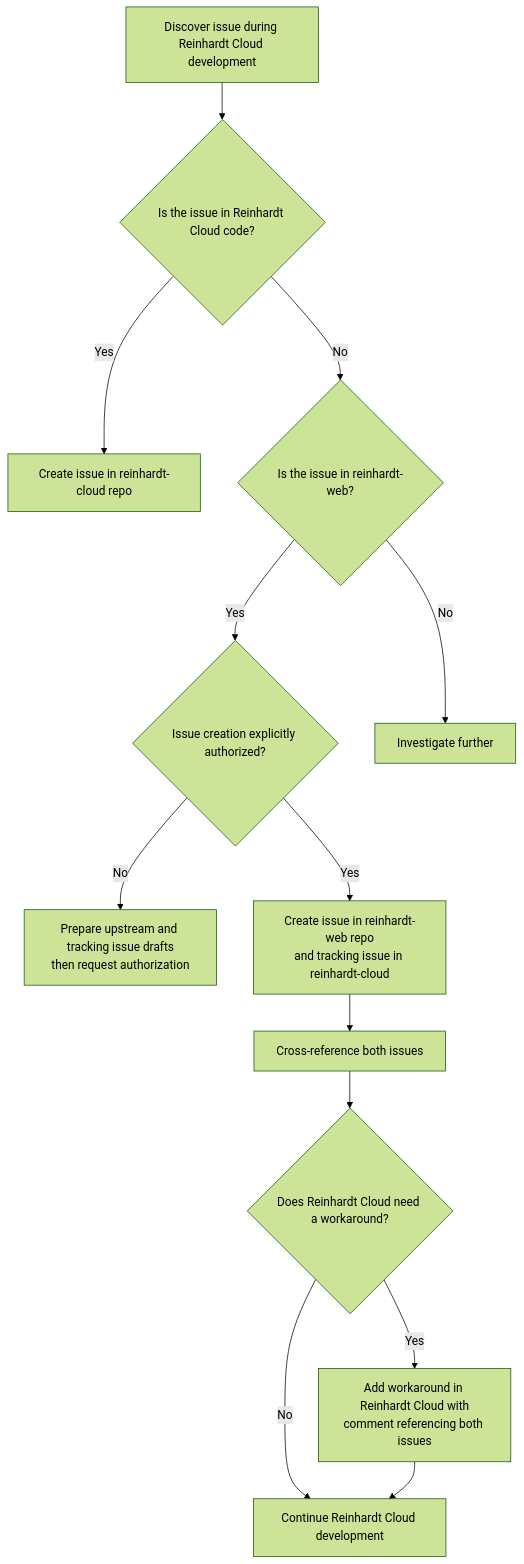
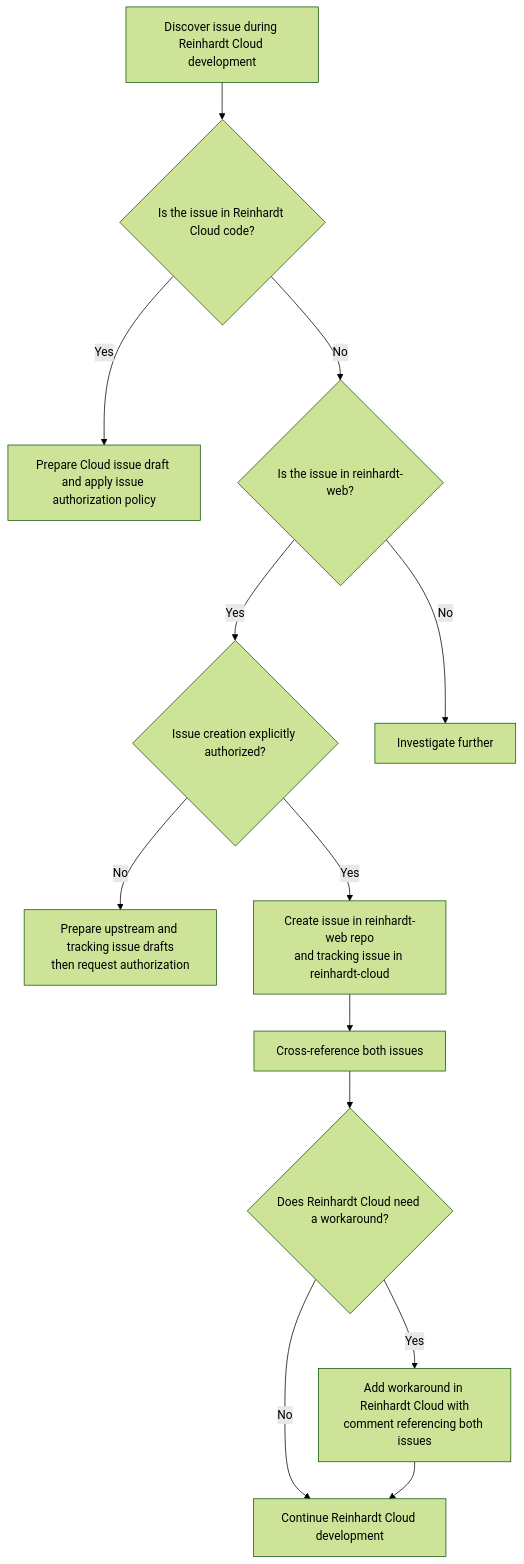
Before and after one commit to kent8192/reinhardt-cloud: the first of 2 diagrams in instructions/UPSTREAM_ISSUE_REPORTING.md, drawn with Mermaid (forest theme). The commit also changed other lines of this file and 15 other files, not shown here.

````diff
--- a/instructions/UPSTREAM_ISSUE_REPORTING.md
+++ b/instructions/UPSTREAM_ISSUE_REPORTING.md
@@ -36,15 +36,15 @@
 ```mermaid
 flowchart TD
     A[Discover issue during Reinhardt Cloud development] --> B{Is the issue in Reinhardt Cloud code?}
-    B -->|Yes| C[Create issue in reinhardt-cloud repo]
+    B -->|Yes| C[Prepare Cloud issue draft and apply issue authorization policy]
     B -->|No| D{Is the issue in reinhardt-web?}
     D -->|Yes| E{Issue creation explicitly authorized?}
     D -->|No| F[Investigate further]
     E -->|No| E1["Prepare upstream and tracking issue drafts<br/>then request authorization"]
     E -->|Yes| E2["Create issue in reinhardt-web repo<br/>and tracking issue in reinhardt-cloud"]
     E2 --> E3["Cross-reference both issues"]
     E3 --> G{Does Reinhardt Cloud need a workaround?}
     G -->|Yes| H["Add workaround in Reinhardt Cloud with<br/>comment referencing both issues"]
     G -->|No| I[Continue Reinhardt Cloud development]
     H --> I
 ```
````
